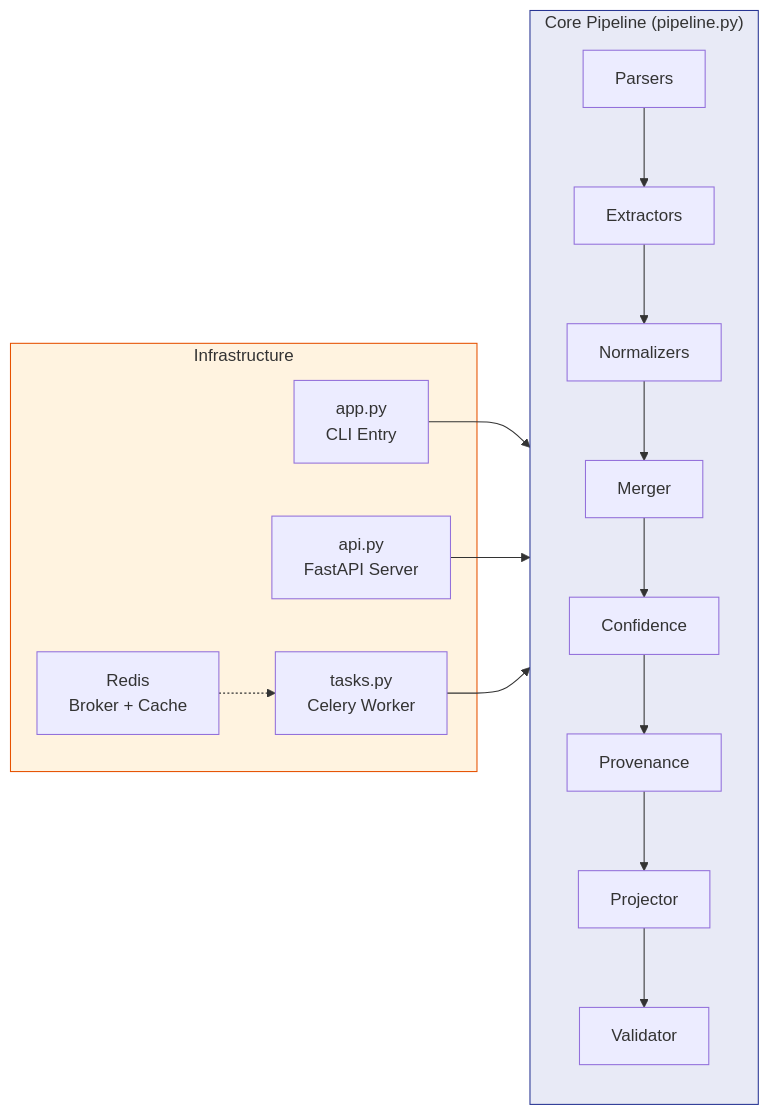
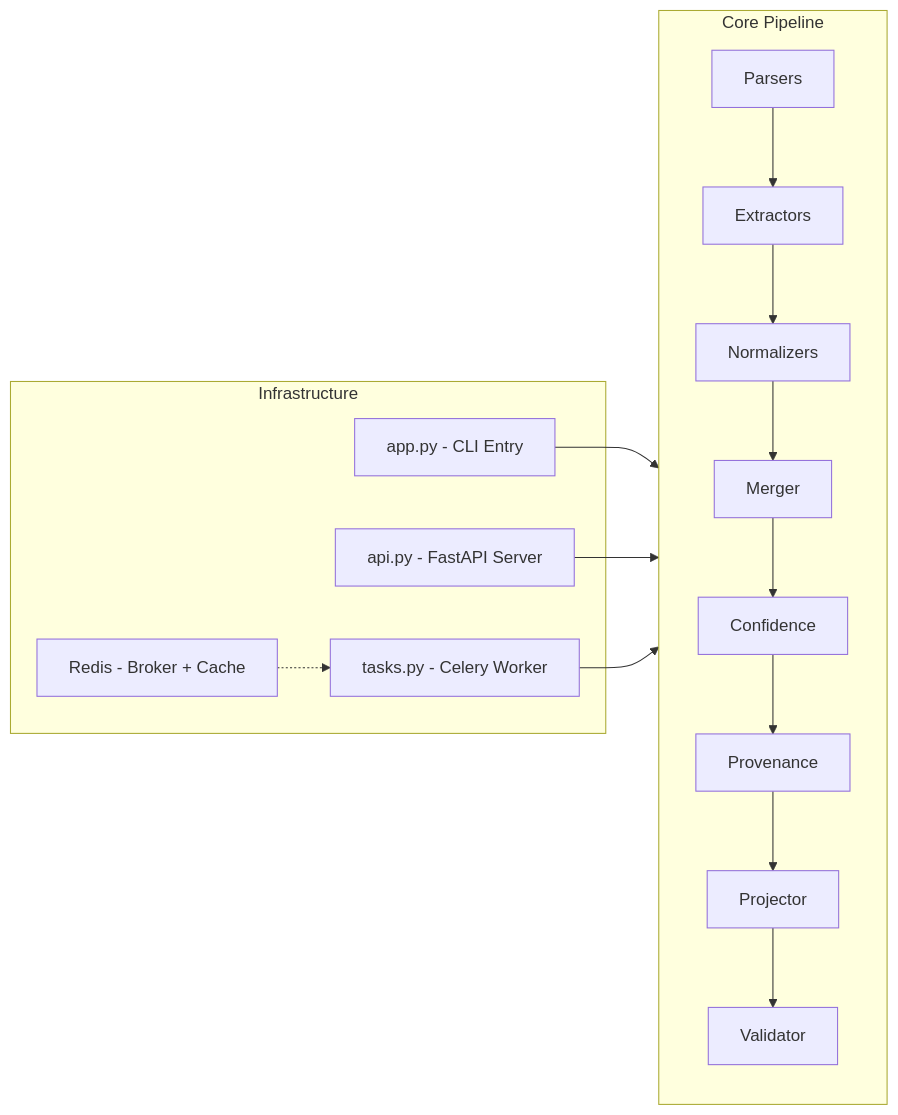
The second of 6 diagrams in README.md (sushantkumar143/Multi-source-Candidate-Profile-Transformer), drawn with Mermaid before and after one commit. The commit also changed other lines of this file, not shown here.

Commit message:
fix: remove CDATA wrapper and HTML in Mermaid labels breaking GitHub rendering

````diff
--- a/README.md
+++ b/README.md
@@ -198,28 +193,24 @@
 ```mermaid
 graph LR
-    subgraph Core["Core Pipeline (pipeline.py)"]
-        direction TB
+    subgraph Core["Core Pipeline"]
         A["Parsers"] --> B["Extractors"]
         B --> C["Normalizers"]
         C --> D["Merger"]
         D --> E["Confidence"]
         E --> F["Provenance"]
         F --> G["Projector"]
         G --> H["Validator"]
     end
 
     subgraph Infra["Infrastructure"]
-        CLI["app.py<br/>CLI Entry"]
-        API["api.py<br/>FastAPI Server"]
-        CELERY["tasks.py<br/>Celery Worker"]
-        REDIS["Redis<br/>Broker + Cache"]
+        CLI["app.py - CLI Entry"]
+        API["api.py - FastAPI Server"]
+        CELERY["tasks.py - Celery Worker"]
+        REDIS["Redis - Broker + Cache"]
     end
 
     CLI --> Core
     API --> Core
     CELERY --> Core
     REDIS -.-> CELERY
-
-    style Core fill:#E8EAF6,stroke:#283593
-    style Infra fill:#FFF3E0,stroke:#E65100
 ```
````
